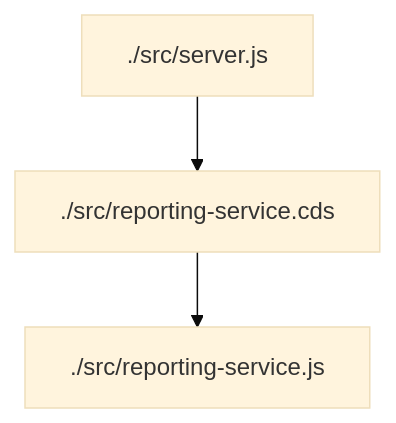
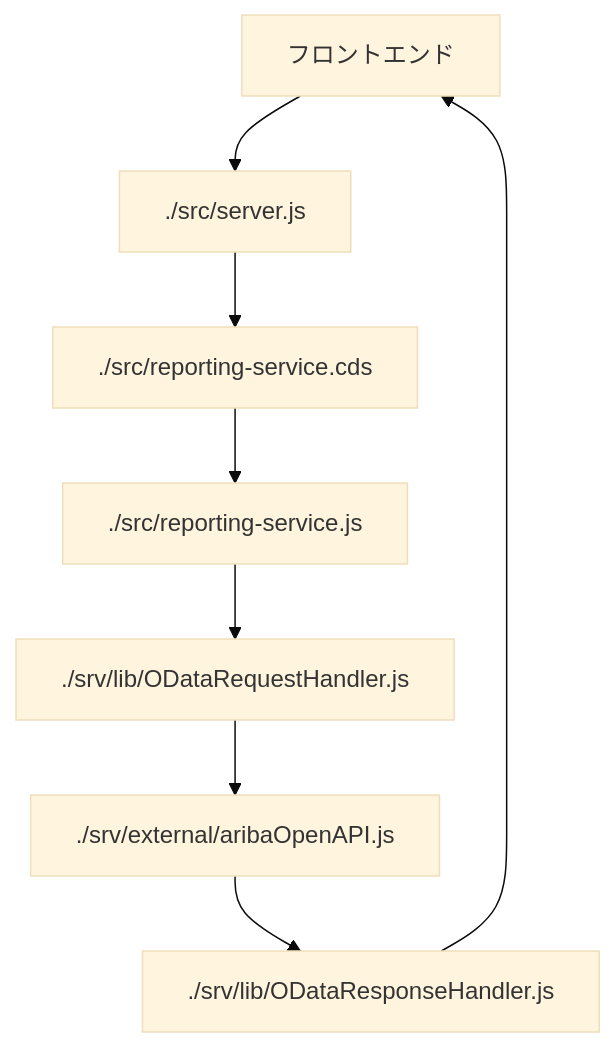
The diagram in 03_コラム/02_ApplicationLogic.md (watwatwhat/ariba_BTPextension_HandsOn), drawn with Mermaid (base theme) before and after one commit. The commit also changed other lines of this file, not shown here.

````diff
--- a/03_コラム/02_ApplicationLogic.md
+++ b/03_コラム/02_ApplicationLogic.md
@@ -34,5 +34,10 @@
 ```mermaid
 graph TD;
+    フロントエンド-->./src/server.js;
     ./src/server.js-->./src/reporting-service.cds;
     ./src/reporting-service.cds-->./src/reporting-service.js;
+    ./src/reporting-service.js-->./srv/lib/ODataRequestHandler.js
+    ./srv/lib/ODataRequestHandler.js-->./srv/external/aribaOpenAPI.js;
+    ./srv/external/aribaOpenAPI.js-->./srv/lib/ODataResponseHandler.js;
+    ./srv/lib/ODataResponseHandler.js-->フロントエンド;
 ```
````
